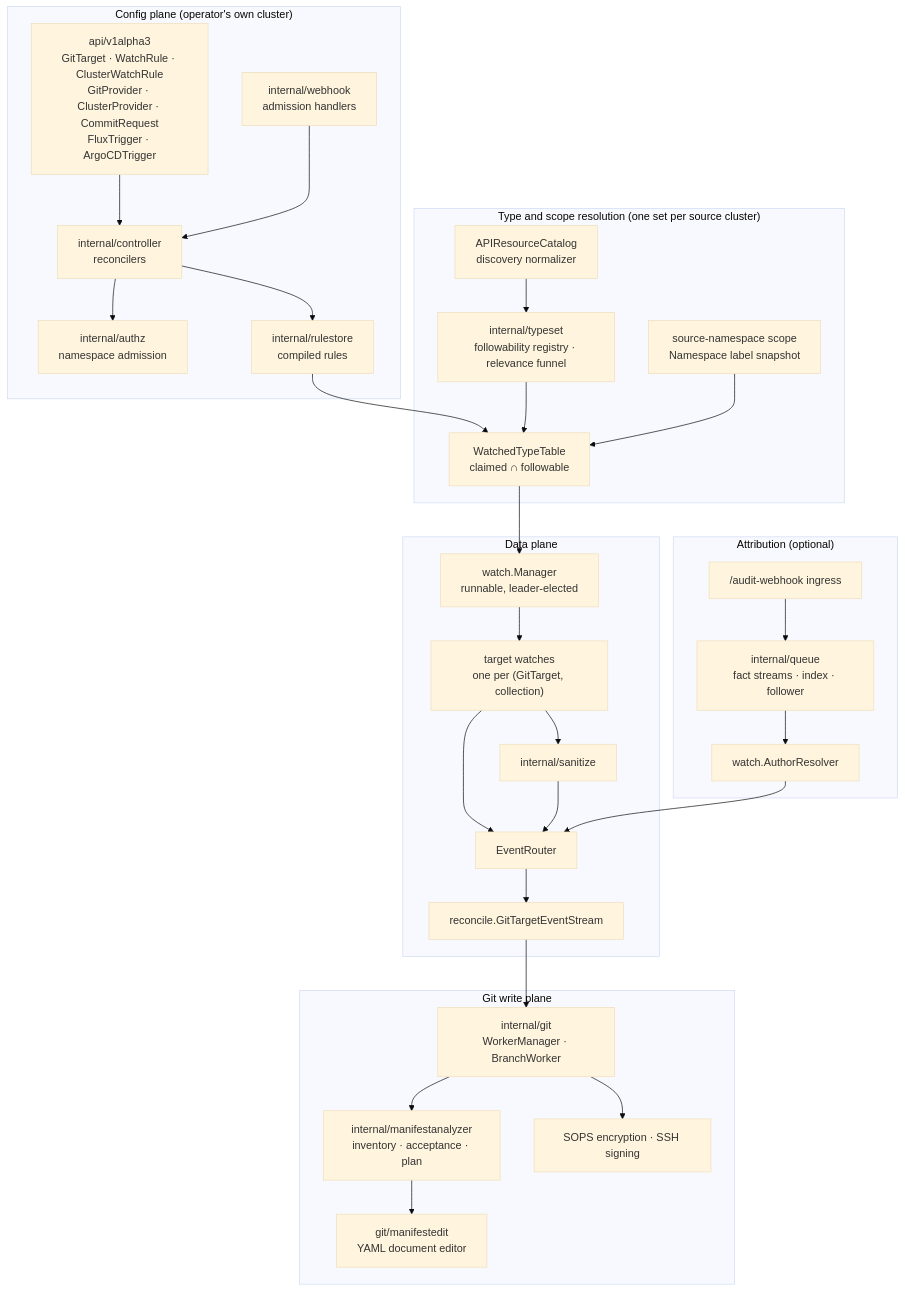
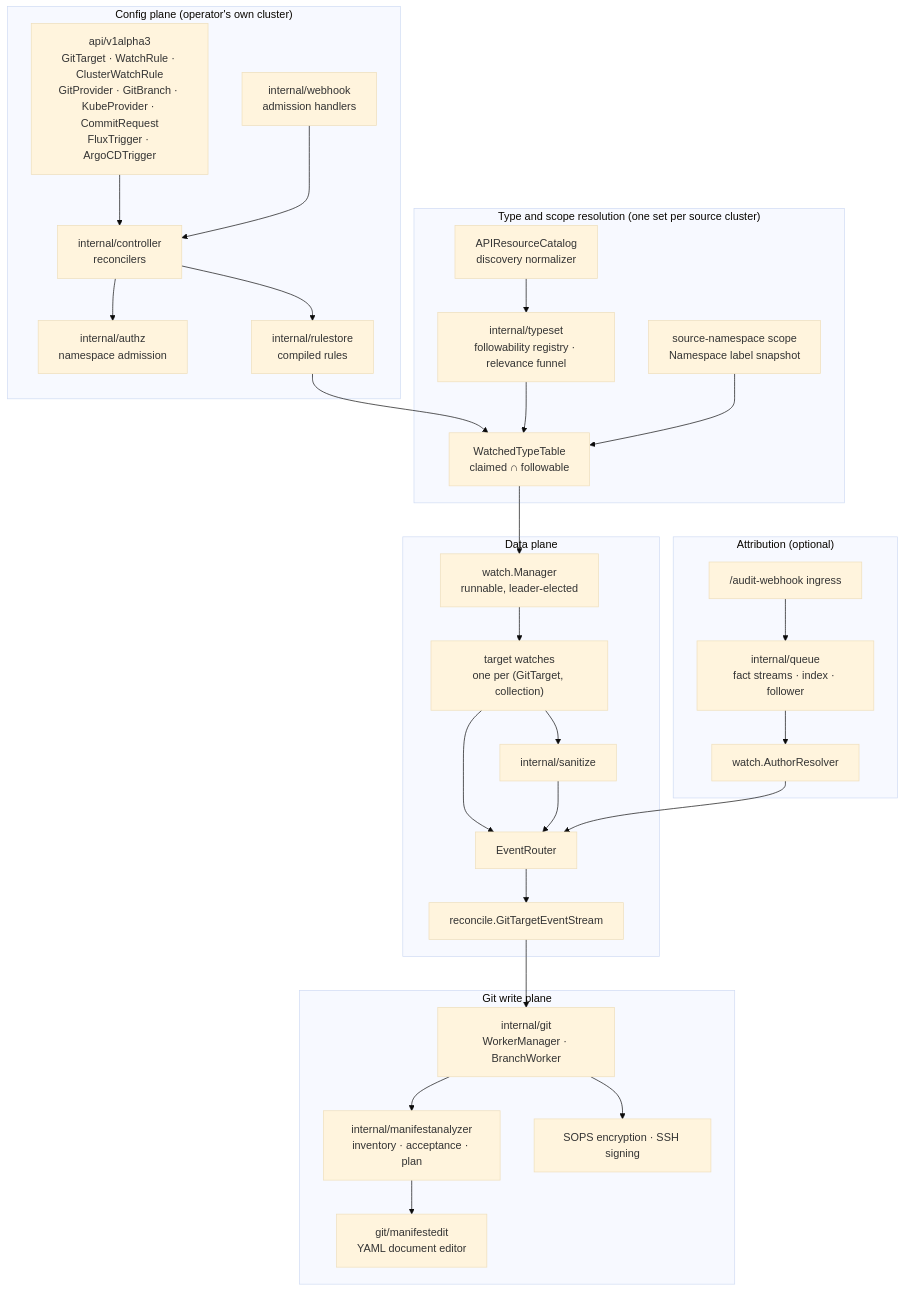
One commit to ConfigButler/gitops-reverser changed the first of 3 diagrams in docs/components.md. Above: the diagram before and after it, drawn with Mermaid (base theme). The commit also changed other lines of this file and 225 other files, not shown here.

First line of the commit message:
feat!: replace ClusterProvider with a namespaced KubeProvider (#430)

````diff
--- a/docs/components.md
+++ b/docs/components.md
@@ -23,49 +23,49 @@
 ```mermaid
 flowchart TB
     subgraph CFG["Config plane (operator's own cluster)"]
-        CRD["api/v1alpha3<br/>GitTarget · WatchRule · ClusterWatchRule<br/>GitProvider · ClusterProvider · CommitRequest<br/>FluxTrigger · ArgoCDTrigger"]
+        CRD["api/v1alpha3<br/>GitTarget · WatchRule · ClusterWatchRule<br/>GitProvider · GitBranch · KubeProvider · CommitRequest<br/>FluxTrigger · ArgoCDTrigger"]
         CTRL["internal/controller<br/>reconcilers"]
         ADM["internal/webhook<br/>admission handlers"]
         AUTHZ["internal/authz<br/>namespace admission"]
         RS["internal/rulestore<br/>compiled rules"]
     end
 
     subgraph RES["Type and scope resolution (one set per source cluster)"]
         CAT["APIResourceCatalog<br/>discovery normalizer"]
         REG["internal/typeset<br/>followability registry · relevance funnel"]
         TBL["WatchedTypeTable<br/>claimed ∩ followable"]
         NSS["source-namespace scope<br/>Namespace label snapshot"]
     end
 
     subgraph DP["Data plane"]
         WM["watch.Manager<br/>runnable, leader-elected"]
         TW["target watches<br/>one per (GitTarget, collection)"]
         ER["EventRouter"]
         GTES["reconcile.GitTargetEventStream"]
         SAN["internal/sanitize"]
     end
 
     subgraph GITW["Git write plane"]
         BW["internal/git<br/>WorkerManager · BranchWorker"]
         MA["internal/manifestanalyzer<br/>inventory · acceptance · plan"]
         ME["git/manifestedit<br/>YAML document editor"]
         ENC["SOPS encryption · SSH signing"]
     end
 
     subgraph ATT["Attribution (optional)"]
         AUD["/audit-webhook ingress"]
         FS["internal/queue<br/>fact streams · index · follower"]
         AR["watch.AuthorResolver"]
     end
 
     CRD --> CTRL --> RS --> TBL
     CTRL --> AUTHZ
     ADM --> CTRL
     CAT --> REG --> TBL
     NSS --> TBL
     TBL --> WM --> TW --> ER --> GTES --> BW
     TW --> SAN --> ER
     BW --> MA --> ME
     BW --> ENC
     AUD --> FS --> AR --> ER
 ```
````
